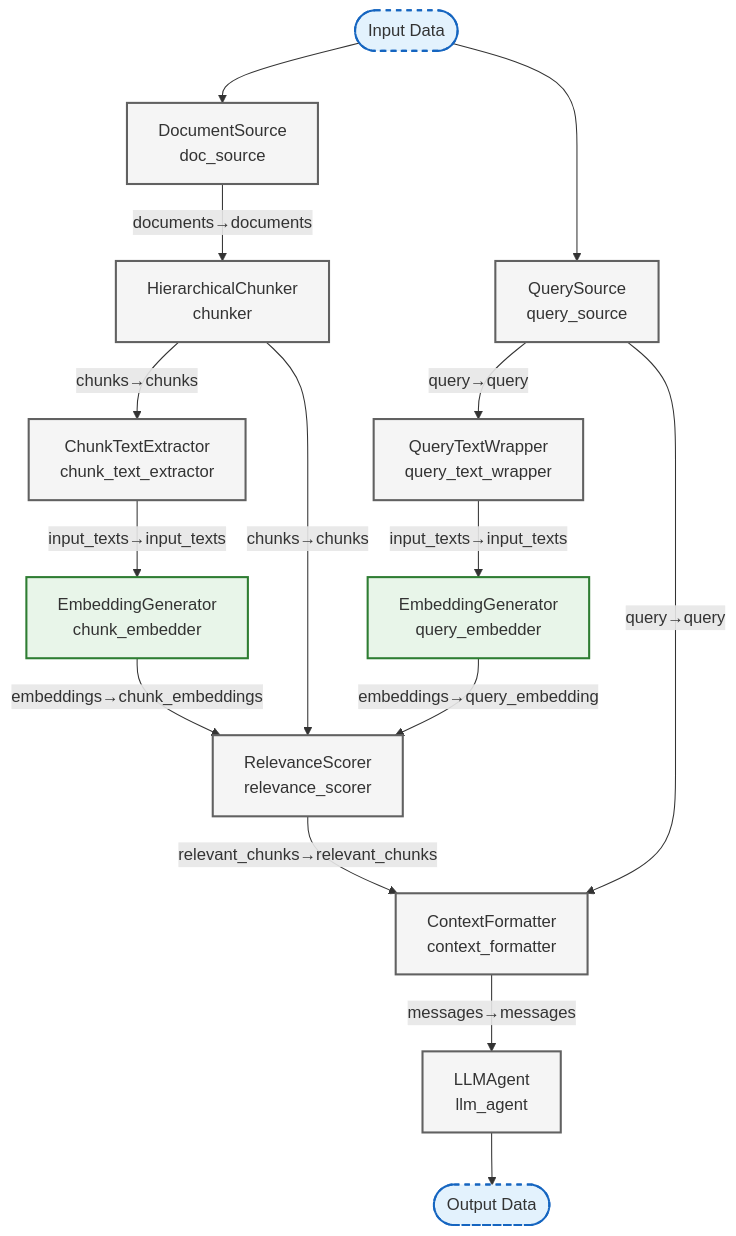
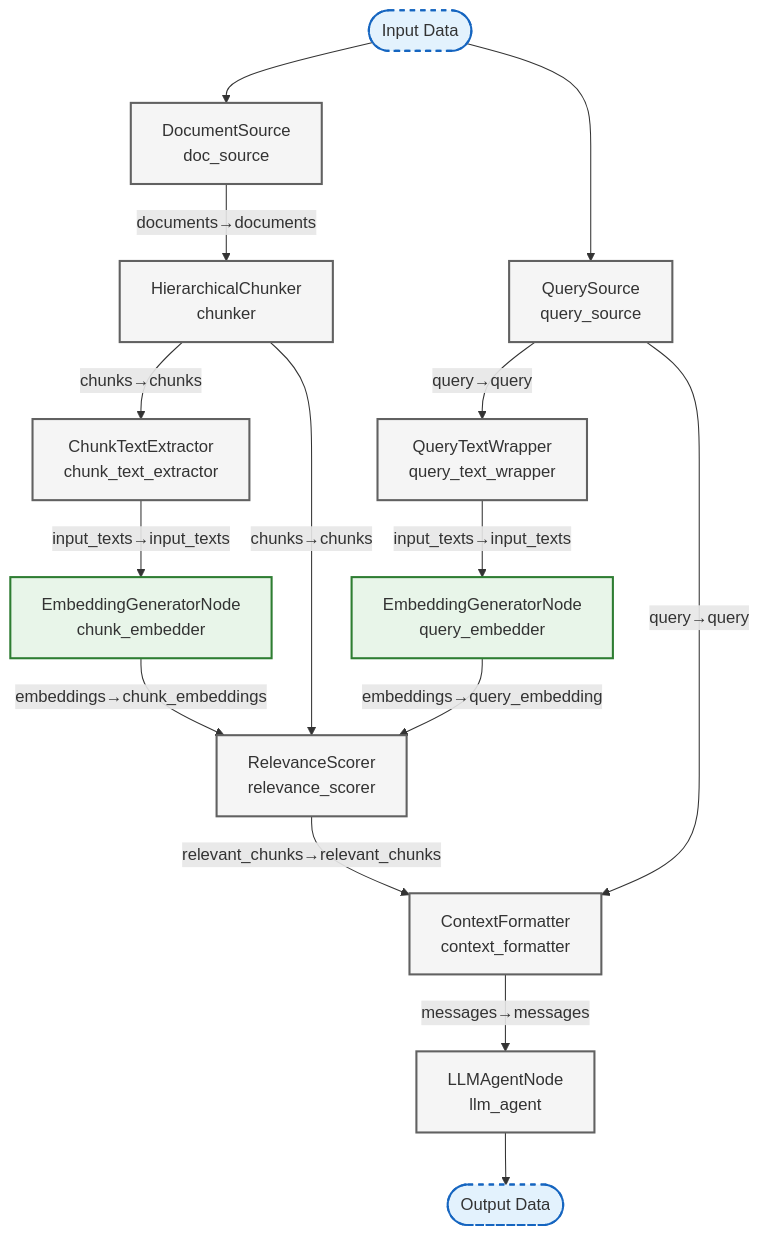
The diagram in examples/data/hierarchical_rag_workflow.md (terrene-foundation/kailash-py), drawn with Mermaid before and after one commit. The commit also changed other lines of this file and 190 other files, not shown here.

````diff
--- a/examples/data/hierarchical_rag_workflow.md
+++ b/examples/data/hierarchical_rag_workflow.md
@@ -5,51 +5,51 @@
 ```mermaid
 flowchart TB
 
     %% Input Data
     input_data([Input Data])
 
     %% Processing nodes
     doc_source["DocumentSource<br/>doc_source"]
     chunker["HierarchicalChunker<br/>chunker"]
     query_source["QuerySource<br/>query_source"]
     chunk_text_extractor["ChunkTextExtractor<br/>chunk_text_extractor"]
     query_text_wrapper["QueryTextWrapper<br/>query_text_wrapper"]
-    chunk_embedder["EmbeddingGenerator<br/>chunk_embedder"]
-    query_embedder["EmbeddingGenerator<br/>query_embedder"]
+    chunk_embedder["EmbeddingGeneratorNode<br/>chunk_embedder"]
+    query_embedder["EmbeddingGeneratorNode<br/>query_embedder"]
     relevance_scorer["RelevanceScorer<br/>relevance_scorer"]
     context_formatter["ContextFormatter<br/>context_formatter"]
-    llm_agent["LLMAgent<br/>llm_agent"]
+    llm_agent["LLMAgentNode<br/>llm_agent"]
 
     %% Output Data
     output_data([Output Data])
 
     %% Flow
     input_data --> doc_source
     input_data --> query_source
     doc_source -->|documents→documents| chunker
     chunker -->|chunks→chunks| chunk_text_extractor
     chunker -->|chunks→chunks| relevance_scorer
     query_source -->|query→query| query_text_wrapper
     query_source -->|query→query| context_formatter
     chunk_text_extractor -->|input_texts→input_texts| chunk_embedder
     query_text_wrapper -->|input_texts→input_texts| query_embedder
     chunk_embedder -->|embeddings→chunk_embeddings| relevance_scorer
     query_embedder -->|embeddings→query_embedding| relevance_scorer
     relevance_scorer -->|relevant_chunks→relevant_chunks| context_formatter
     context_formatter -->|messages→messages| llm_agent
     llm_agent --> output_data
 
     %% Styling
     style input_data fill:#e3f2fd,stroke:#1565c0,stroke-width:2px,stroke-dasharray: 5 5
     style output_data fill:#e3f2fd,stroke:#1565c0,stroke-width:2px,stroke-dasharray: 5 5
     style doc_source fill:#f5f5f5,stroke:#616161,stroke-width:2px
     style chunker fill:#f5f5f5,stroke:#616161,stroke-width:2px
     style query_source fill:#f5f5f5,stroke:#616161,stroke-width:2px
     style chunk_text_extractor fill:#f5f5f5,stroke:#616161,stroke-width:2px
     style query_text_wrapper fill:#f5f5f5,stroke:#616161,stroke-width:2px
     style chunk_embedder fill:#e8f5e9,stroke:#2e7d32,stroke-width:2px
     style query_embedder fill:#e8f5e9,stroke:#2e7d32,stroke-width:2px
     style relevance_scorer fill:#f5f5f5,stroke:#616161,stroke-width:2px
     style context_formatter fill:#f5f5f5,stroke:#616161,stroke-width:2px
     style llm_agent fill:#f5f5f5,stroke:#616161,stroke-width:2px
 ```
````
